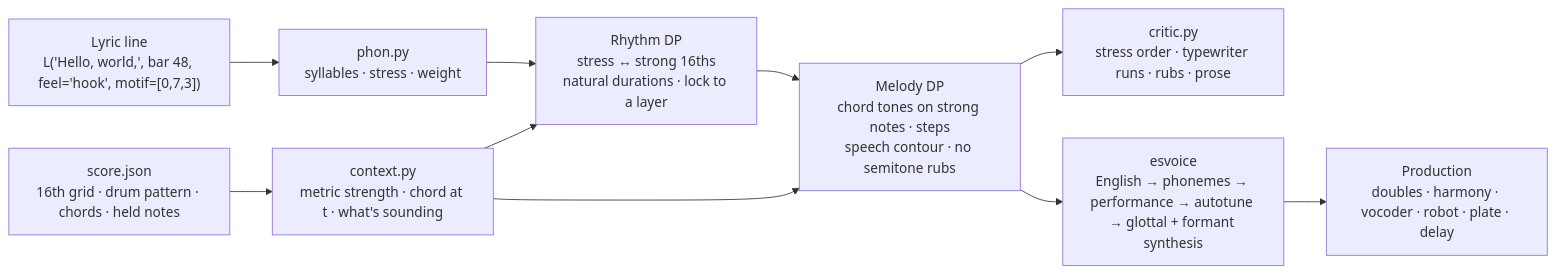
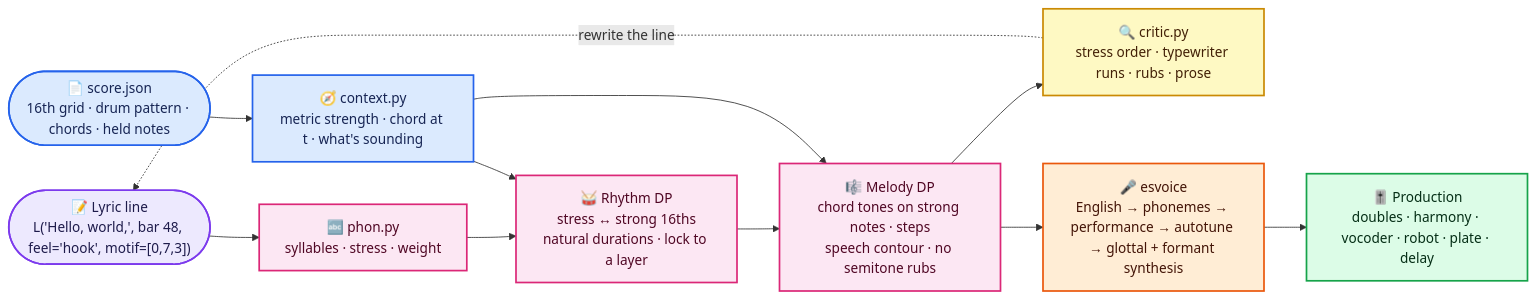
The seventh of 10 diagrams in README.md (MirTheDragon/Electric-Bat-Studio), drawn with Mermaid before and after one commit. The commit also changed other lines of this file, not shown here.

First line of the commit message:
README: colour-coded diagrams, layer key, badges, family and status charts

````diff
--- a/README.md
+++ b/README.md
@@ -281,12 +411,26 @@
 ```mermaid
 flowchart LR
-    T["Lyric line<br/>L('Hello, world,', bar 48, feel='hook', motif=[0,7,3])"] --> PH["phon.py<br/>syllables · stress · weight"]
-    SC["score.json<br/>16th grid · drum pattern · chords · held notes"] --> CX["context.py<br/>metric strength · chord at t · what's sounding"]
-    PH --> R["Rhythm DP<br/>stress ↔ strong 16ths<br/>natural durations · lock to a layer"]
+    T(["📝 Lyric line<br/>L('Hello, world,', bar 48, feel='hook', motif=[0,7,3])"]) --> PH["🔤 phon.py<br/>syllables · stress · weight"]
+    SC(["📄 score.json<br/>16th grid · drum pattern · chords · held notes"]) --> CX["🧭 context.py<br/>metric strength · chord at t · what's sounding"]
+    PH --> R["🥁 Rhythm DP<br/>stress ↔ strong 16ths<br/>natural durations · lock to a layer"]
     CX --> R
-    R --> MD["Melody DP<br/>chord tones on strong notes · steps<br/>speech contour · no semitone rubs"]
+    R --> MD["🎼 Melody DP<br/>chord tones on strong notes · steps<br/>speech contour · no semitone rubs"]
     CX --> MD
-    MD --> CR["critic.py<br/>stress order · typewriter runs · rubs · prose"]
-    MD --> SG["esvoice<br/>English → phonemes → performance → autotune → glottal + formant synthesis"]
-    SG --> PR["Production<br/>doubles · harmony · vocoder · robot · plate · delay"]
+    MD --> CR["🔍 critic.py<br/>stress order · typewriter runs · rubs · prose"]
+    MD --> SG["🎤 esvoice<br/>English → phonemes → performance → autotune → glottal + formant synthesis"]
+    SG --> PR["🎚️ Production<br/>doubles · harmony · vocoder · robot · plate · delay"]
+    CR -.->|"rewrite the line"| T
+
+    classDef intent fill:#ede9fe,stroke:#7c3aed,stroke-width:2px,color:#1e1b4b
+    classDef gen fill:#dbeafe,stroke:#2563eb,stroke-width:2px,color:#172554
+    classDef words fill:#fce7f3,stroke:#db2777,stroke-width:2px,color:#500724
+    classDef sound fill:#ffedd5,stroke:#ea580c,stroke-width:2px,color:#431407
+    classDef mix fill:#dcfce7,stroke:#16a34a,stroke-width:2px,color:#052e16
+    classDef ears fill:#fef9c3,stroke:#ca8a04,stroke-width:2px,color:#422006
+    class T intent
+    class SC,CX gen
+    class PH,R,MD words
+    class CR ears
+    class SG sound
+    class PR mix
 ```
````
